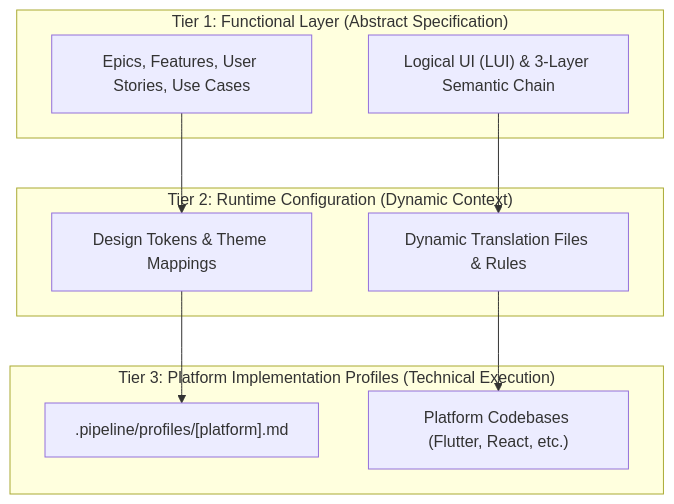
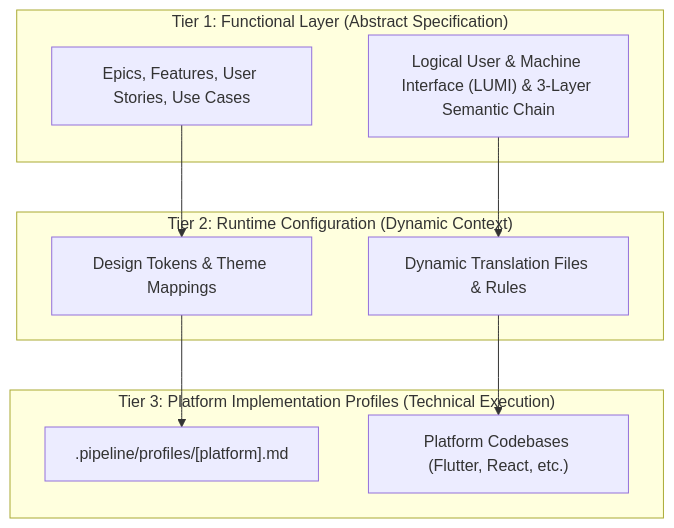
One commit to gintatkinson/digital-pipeline-repo changed the diagram in .pipeline/constitution.md. Above: the diagram before and after it, drawn with Mermaid. The commit also changed other lines of this file and 7 other files, not shown here.

Commit message:
feat(lumi): implement multi-interface bindings framework (AMEND-0014)

````diff
--- a/.pipeline/constitution.md
+++ b/.pipeline/constitution.md
@@ -19,22 +19,22 @@
 ```mermaid
 graph TD
     subgraph "Tier 1: Functional Layer (Abstract Specification)"
         T1_Specs["Epics, Features, User Stories, Use Cases"]
-        T1_LUI["Logical UI (LUI) & 3-Layer Semantic Chain"]
+        T1_LUI["Logical User & Machine Interface (LUMI) & 3-Layer Semantic Chain"]
     end
 
     subgraph "Tier 2: Runtime Configuration (Dynamic Context)"
         T2_Tokens["Design Tokens & Theme Mappings"]
         T2_Configs["Dynamic Translation Files & Rules"]
     end
 
     subgraph "Tier 3: Platform Implementation Profiles (Technical Execution)"
         T3_Profiles[".pipeline/profiles/[platform].md"]
         T3_Code["Platform Codebases (Flutter, React, etc.)"]
     end
 
     T1_Specs --> T2_Tokens
     T1_LUI --> T2_Configs
     T2_Tokens --> T3_Profiles
     T2_Configs --> T3_Code
 ```
````
